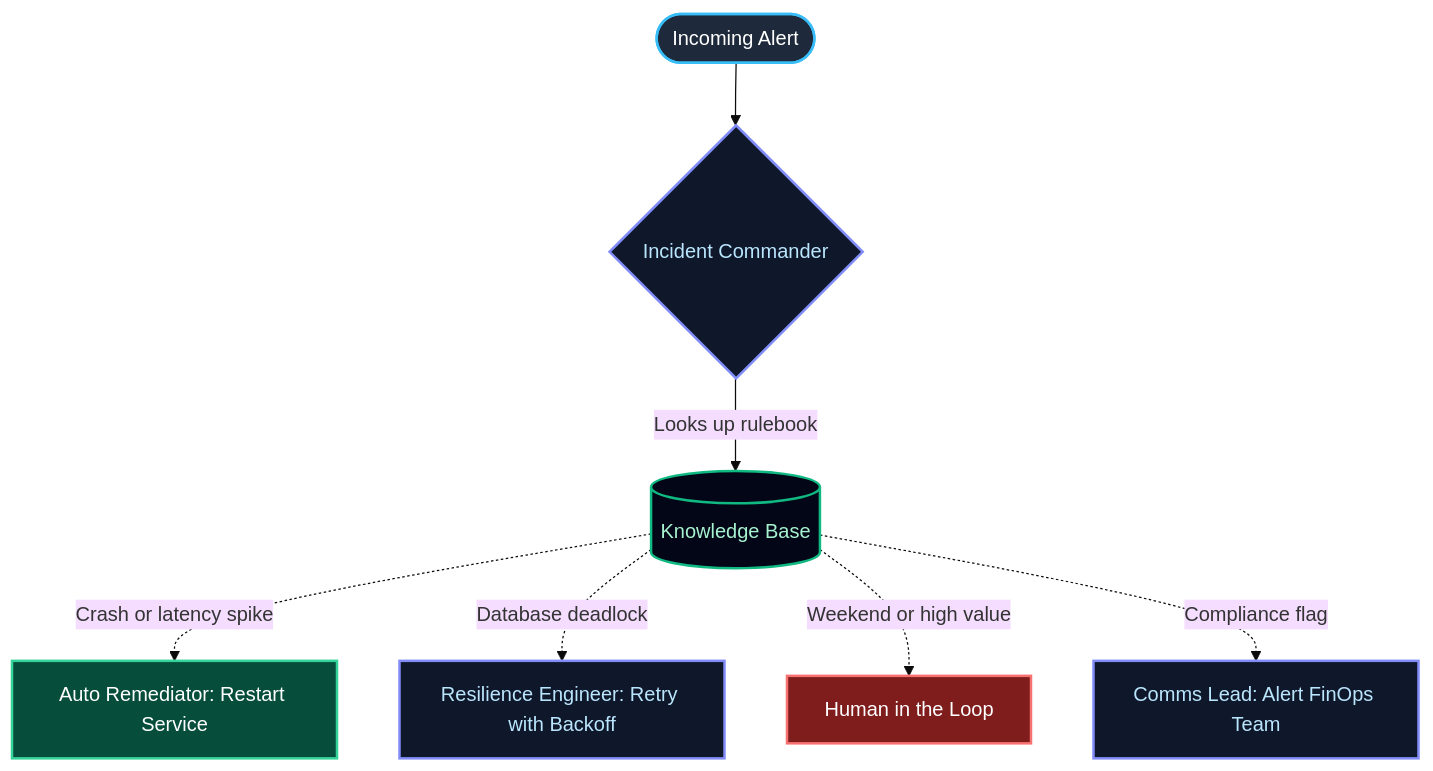
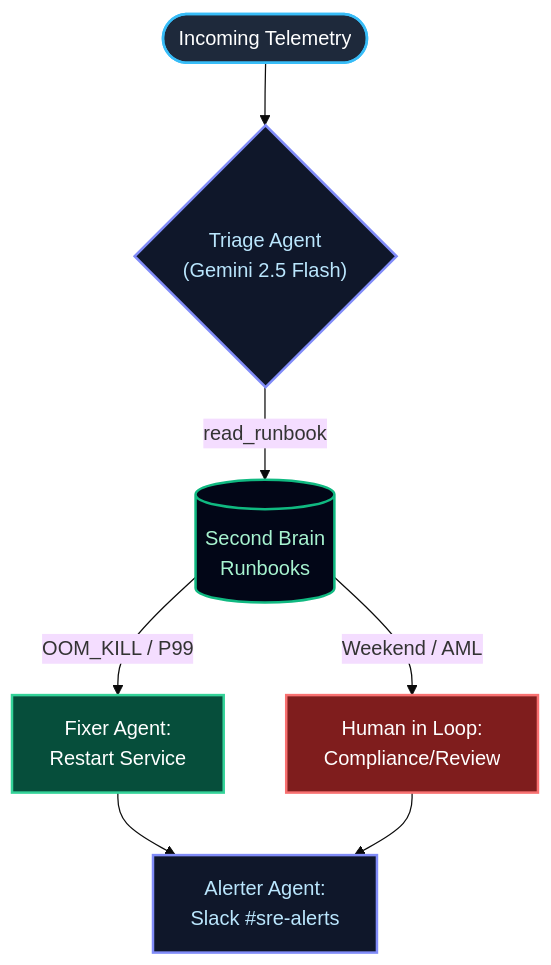
Before and after one commit to fastute/sre-swarm: the diagram in README.md, drawn with Mermaid (base theme). The commit also changed other lines of this file and 13 other files, not shown here.

Commit message:
feat: migrate to Google ADK & Vertex AI Gemini 2.5 Flash

````diff
--- a/README.md
+++ b/README.md
@@ -26,15 +25,18 @@
 ```mermaid
 flowchart TD
     classDef start fill:#1e293b,stroke:#38bdf8,stroke-width:2px,color:#fff;
     classDef ai fill:#0f172a,stroke:#818cf8,stroke-width:2px,color:#bae6fd;
     classDef kb fill:#020617,stroke:#10b981,stroke-width:2px,color:#a7f3d0;
     classDef heal fill:#064e3b,stroke:#34d399,stroke-width:2px,color:#fff;
     classDef human fill:#7f1d1d,stroke:#f87171,stroke-width:2px,color:#fff;
 
-    Start([Incoming Alert]):::start --> IC{Incident Commander}:::ai
-    IC -->|Looks up rulebook| KB[(Knowledge Base)]:::kb
-    KB -.->|Crash or latency spike| AR[Auto Remediator: Restart Service]:::heal
-    KB -.->|Database deadlock| RE[Resilience Engineer: Retry with Backoff]:::ai
-    KB -.->|Weekend or high value| HIL[Human in the Loop]:::human
-    KB -.->|Compliance flag| CL[Comms Lead: Alert FinOps Team]:::ai
+    Start(["Incoming Telemetry"]):::start --> TR{"Triage Agent<br/>(Gemini 2.5 Flash)"}:::ai
+    
+    TR -->|"read_runbook"| KB[("Second Brain<br/>Runbooks")]:::kb
+    
+    KB -->|"Weekend / AML"| HIL["Human in Loop:<br/>Compliance/Review"]:::human
+    KB -->|"OOM_KILL / P99"| FX["Fixer Agent:<br/>Restart Service"]:::heal
+    
+    FX --> AL["Alerter Agent:<br/>Slack #sre-alerts"]:::ai
+    HIL --> AL
 ```
````
